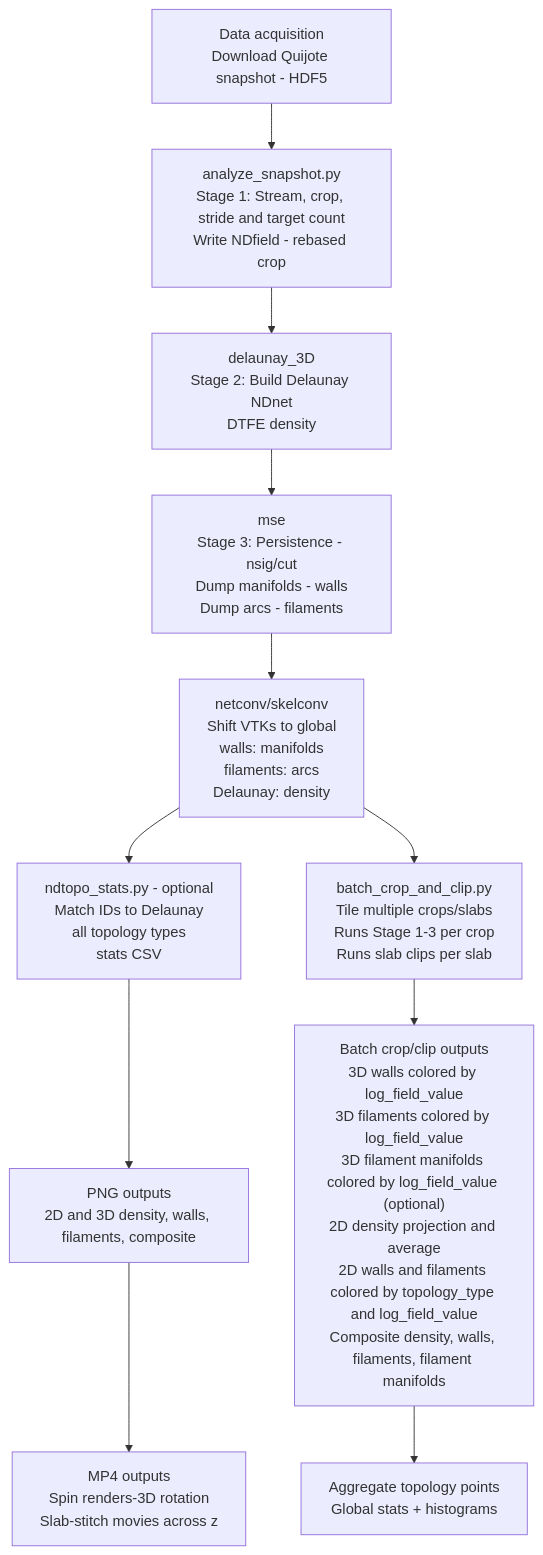
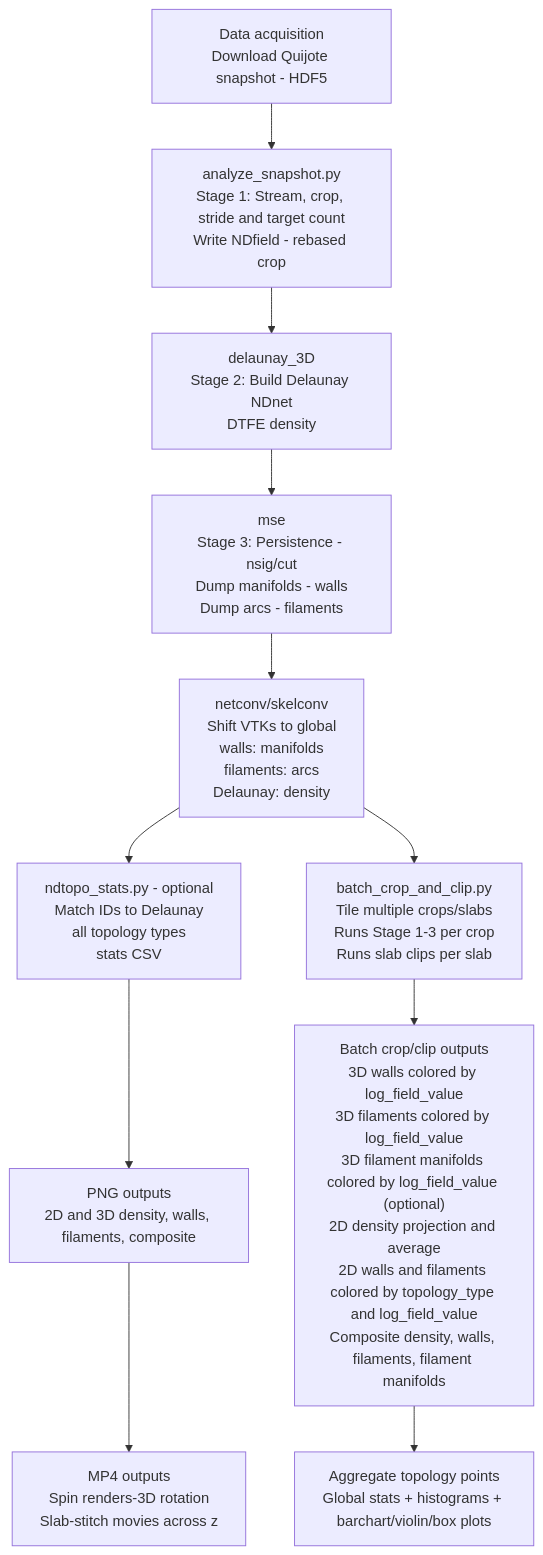
Before and after one commit to efuleky27/disperse: the diagram in docs/WORKFLOW_FLOWCHART.qmd, drawn with Mermaid. The commit also changed other lines of this file and 16 other files, not shown here.

````diff
--- a/docs/WORKFLOW_FLOWCHART.qmd
+++ b/docs/WORKFLOW_FLOWCHART.qmd
@@ -8,15 +8,15 @@
 ```{mermaid}
 %%{init: {'flowchart': {'nodeSpacing': 50, 'rankSpacing': 50}}}%%
 graph TD
     A[Data acquisition<br/>Download Quijote snapshot - HDF5] --> B[analyze_snapshot.py<br/>Stage 1: Stream, crop, stride and target count<br/>Write NDfield - rebased crop]
     B --> C[delaunay_3D<br/>Stage 2: Build Delaunay NDnet<br/>DTFE density]
     C --> D[mse<br/>Stage 3: Persistence - nsig/cut<br/>Dump manifolds - walls<br/>Dump arcs - filaments]
     D --> E[netconv/skelconv<br/>Shift VTKs to global<br/>walls: manifolds<br/>filaments: arcs<br/>Delaunay: density]
     E --> F1[ndtopo_stats.py - optional<br/>Match IDs to Delaunay<br/>all topology types<br/>stats CSV]
     %% E --> F2[batch_clip.py<br/>Clip slab - axis/origin/thickness<br/>Flatten walls/filaments<br/>Average density<br/>Resample/grid]
     F1 --> G[PNG outputs<br/>2D and 3D density, walls, filaments, composite]
     G --> G2[MP4 outputs<br/>Spin renders-3D rotation<br/>Slab-stitch movies across z]
     E --> H[batch_crop_and_clip.py<br/>Tile multiple crops/slabs<br/>Runs Stage 1-3 per crop<br/>Runs slab clips per slab]
     H --> I["Batch crop/clip outputs<br/>3D walls colored by log_field_value<br/>3D filaments colored by log_field_value<br/>3D filament manifolds colored by log_field_value (optional)<br/>2D density projection and average<br/>2D walls and filaments colored by topology_type and log_field_value<br/>Composite density, walls, filaments, filament manifolds"]
-    I --> J[Aggregate topology points<br/>Global stats + histograms]
+    I --> J[Aggregate topology points<br/>Global stats + histograms + barchart/violin/box plots]
 ```
````
